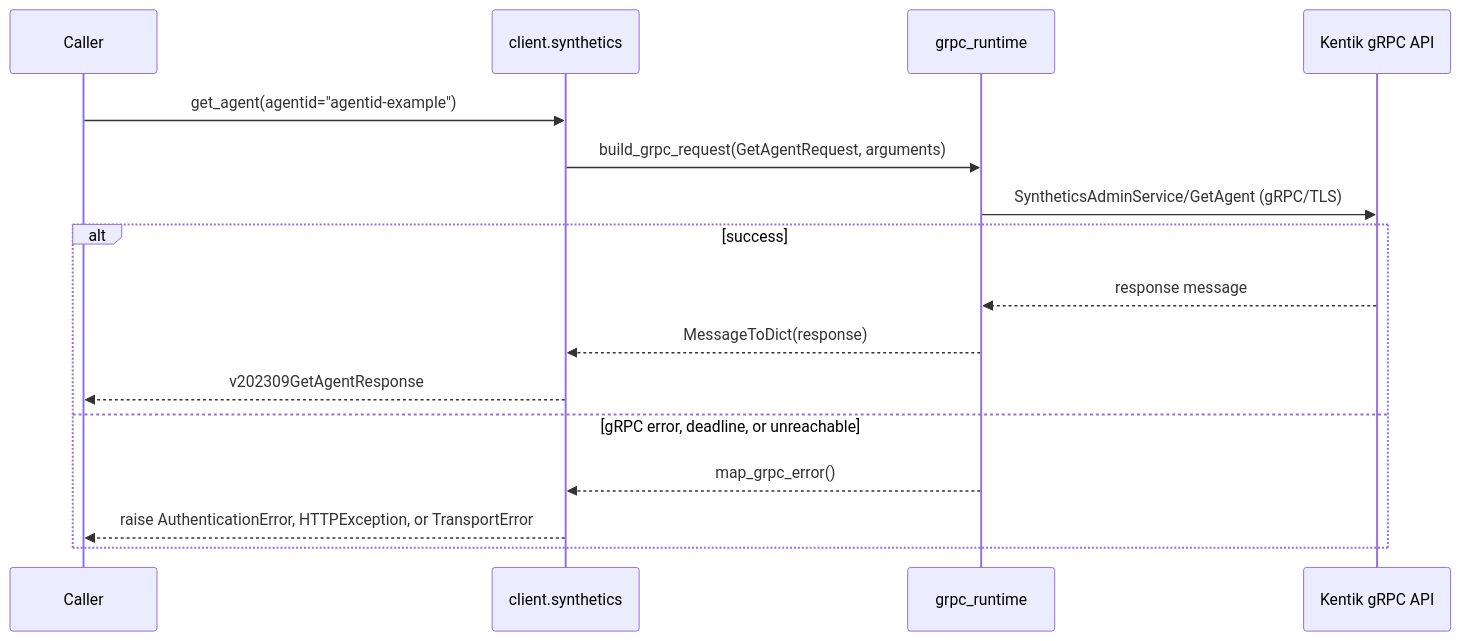
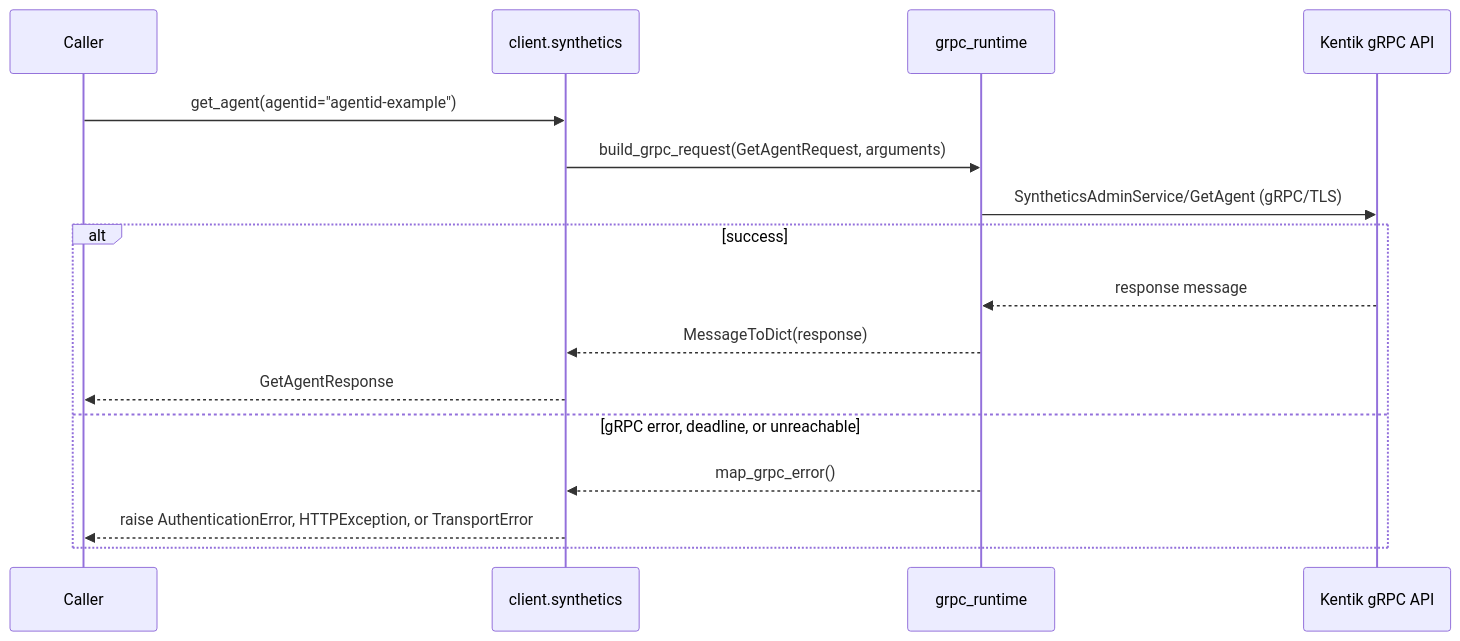
Before and after one commit to alexdearaujo/community_sdk_python: diagram 15 of 38 in docs/sphinx/services/synthetics.md, drawn with Mermaid. The commit also changed other lines of this file and 38 other files, not shown here.

````diff
--- a/docs/sphinx/services/synthetics.md
+++ b/docs/sphinx/services/synthetics.md
@@ -509,19 +509,19 @@
 ```mermaid
 sequenceDiagram
     participant C as Caller
     participant W as client.synthetics
     participant R as grpc_runtime
     participant API as Kentik gRPC API
 
     C->>W: get_agent(agentid="agentid-example")
     W->>R: build_grpc_request(GetAgentRequest, arguments)
     R->>API: SyntheticsAdminService/GetAgent (gRPC/TLS)
     alt success
         API-->>R: response message
         R-->>W: MessageToDict(response)
-        W-->>C: v202309GetAgentResponse
+        W-->>C: GetAgentResponse
     else gRPC error, deadline, or unreachable
         R-->>W: map_grpc_error()
         W-->>C: raise AuthenticationError, HTTPException, or TransportError
     end
 ```
````
